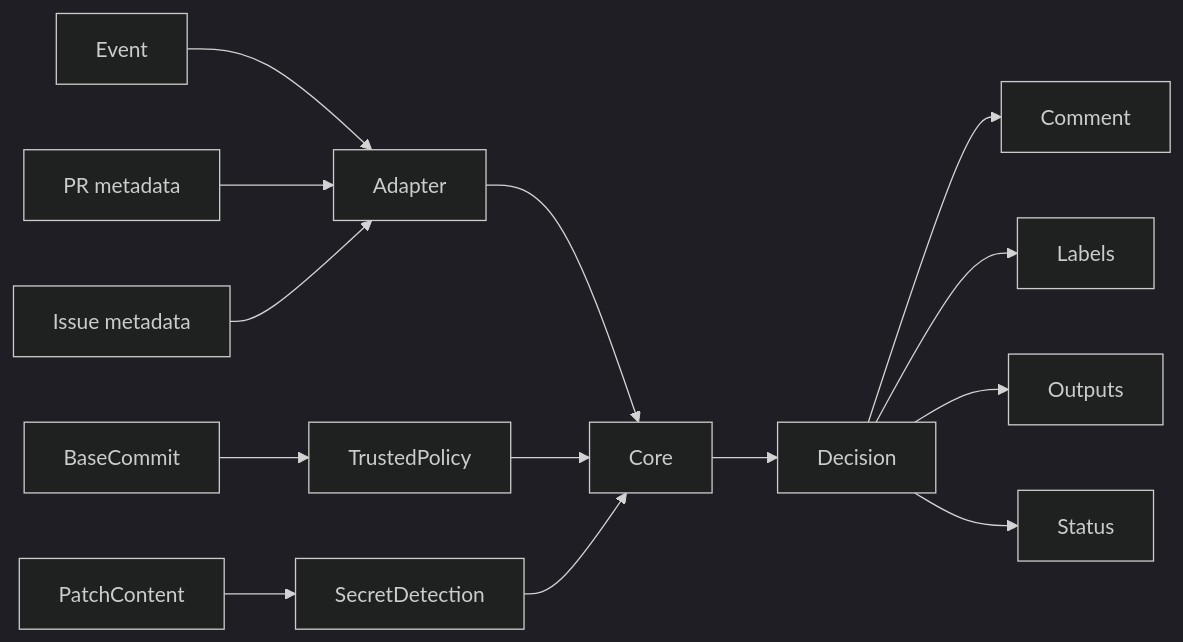
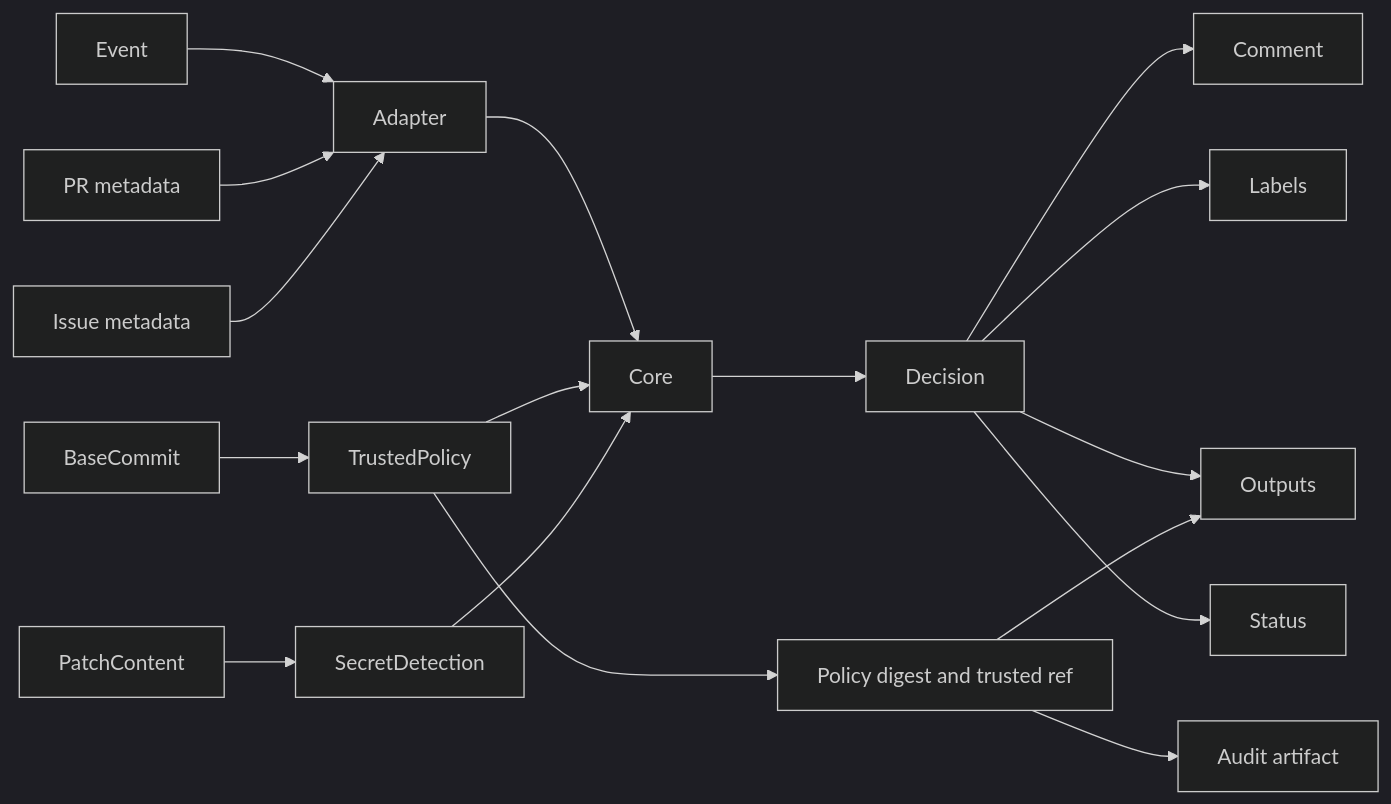
One commit to streamentry/AGENTOWNERS changed the first of 2 diagrams in packages/github-action/AGENTS.md. Above: the diagram before and after it, drawn with Mermaid (dark theme). The commit also changed other lines of this file and 67 other files, not shown here.

First line of the commit message:
feat(cli): add deterministic policy diff evidence (#98)

````diff
--- a/packages/github-action/AGENTS.md
+++ b/packages/github-action/AGENTS.md
@@ -22,15 +24,18 @@
 ```mermaid
 flowchart LR
   Event --> Adapter
   PR[PR metadata] --> Adapter
   Issue[Issue metadata] --> Adapter
   BaseCommit --> TrustedPolicy
   Adapter --> Core
   TrustedPolicy --> Core
   PatchContent --> SecretDetection --> Core
   Core --> Decision
   Decision --> Comment
   Decision --> Labels
   Decision --> Outputs
+  TrustedPolicy --> Evidence[Policy digest and trusted ref]
+  Evidence --> Outputs
+  Evidence --> Audit[Audit artifact]
   Decision --> Status
 ```
````
